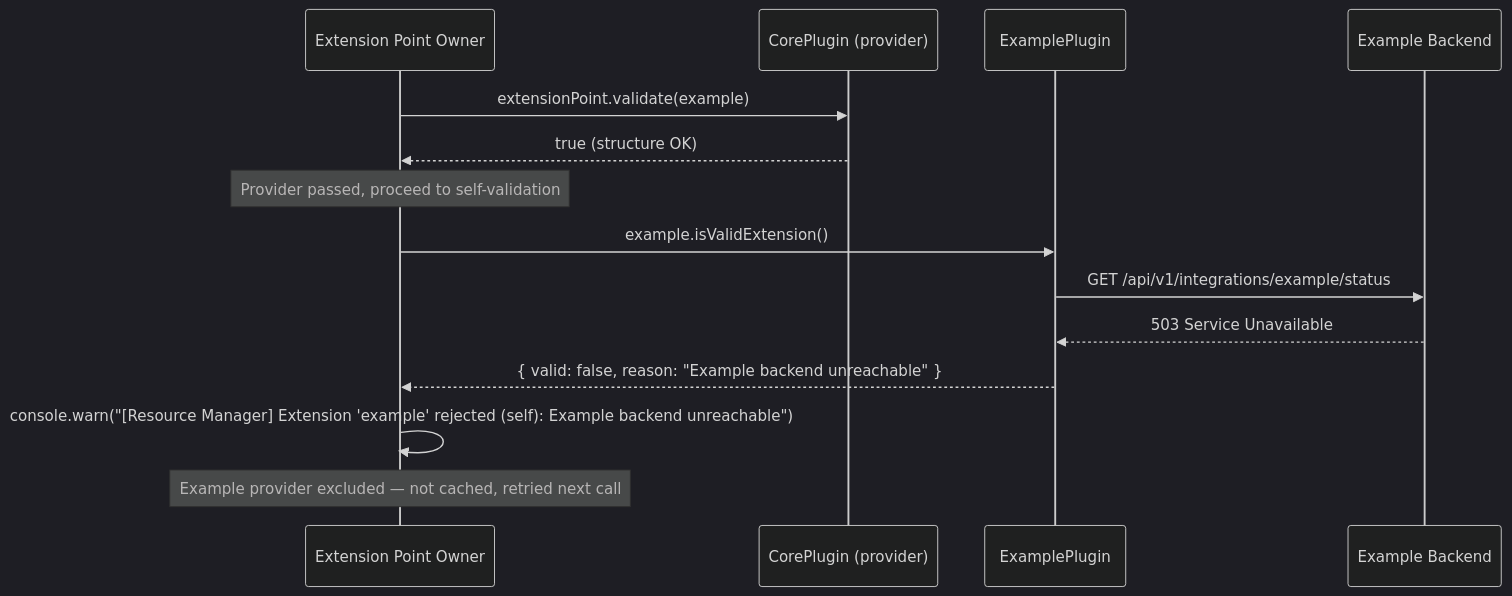
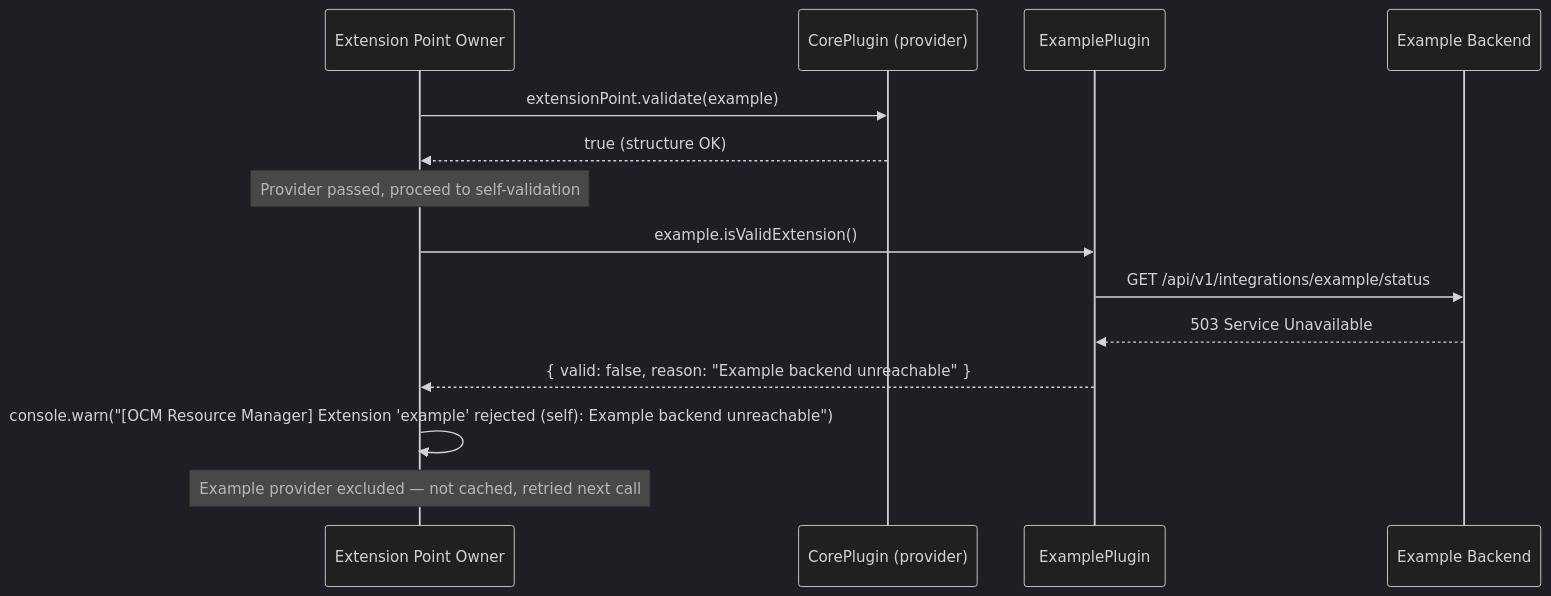
The fourth of 4 diagrams in docs/ui/extension-validation.md (fleetshift/fleetshift-poc), drawn with Mermaid (dark theme) before and after one commit. The commit also changed other lines of this file and 139 other files, not shown here.

Commit message:
Clarify platform, architecture, and resource manager terminology

````diff
--- a/docs/ui/extension-validation.md
+++ b/docs/ui/extension-validation.md
@@ -586,18 +586,18 @@
 ```mermaid
 sequenceDiagram
     participant EPOwner as Extension Point Owner
     participant Core as CorePlugin (provider)
     participant ExampleProvider as ExamplePlugin
     participant Backend as Example Backend
 
     EPOwner->>Core: extensionPoint.validate(example)
     Core-->>EPOwner: true (structure OK)
 
     Note over EPOwner: Provider passed, proceed to self-validation
     EPOwner->>ExampleProvider: example.isValidExtension()
     ExampleProvider->>Backend: GET /api/v1/integrations/example/status
     Backend-->>ExampleProvider: 503 Service Unavailable
     ExampleProvider-->>EPOwner: { valid: false, reason: "Example backend unreachable" }
-    EPOwner->>EPOwner: console.warn("[Resource Manager] Extension 'example' rejected (self): Example backend unreachable")
+    EPOwner->>EPOwner: console.warn("[OCM Resource Manager] Extension 'example' rejected (self): Example backend unreachable")
     Note over EPOwner: Example provider excluded — not cached, retried next call
 ```
````
